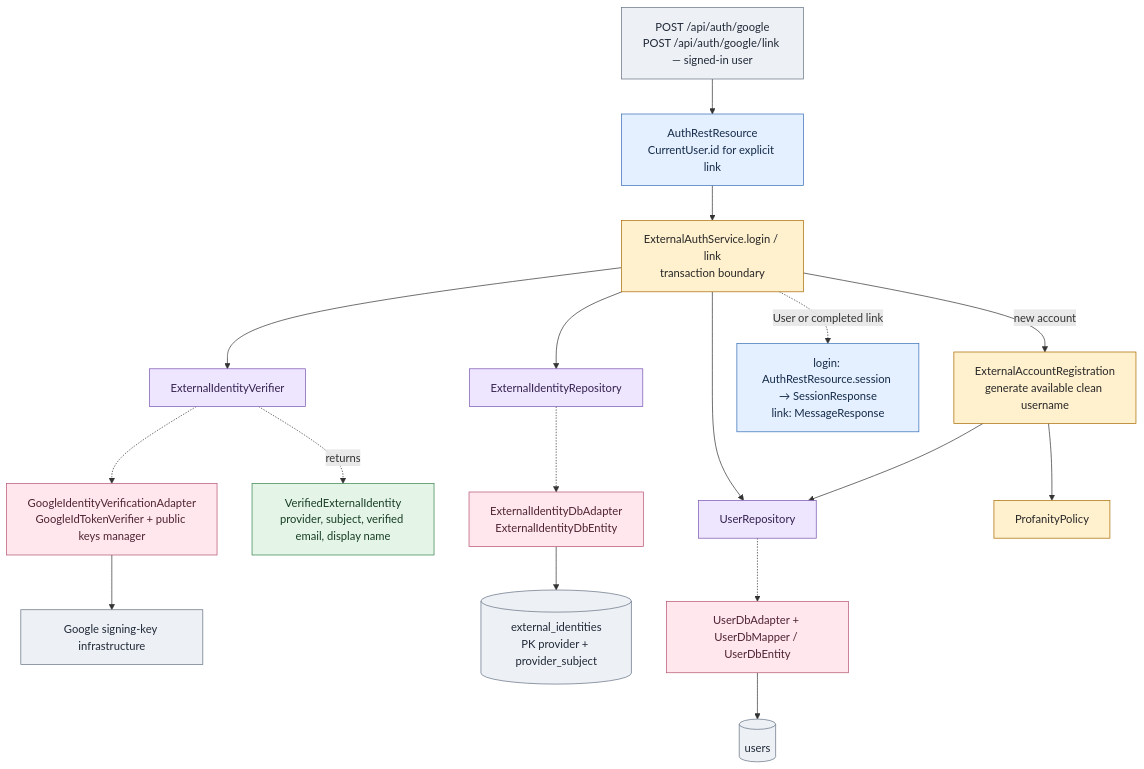
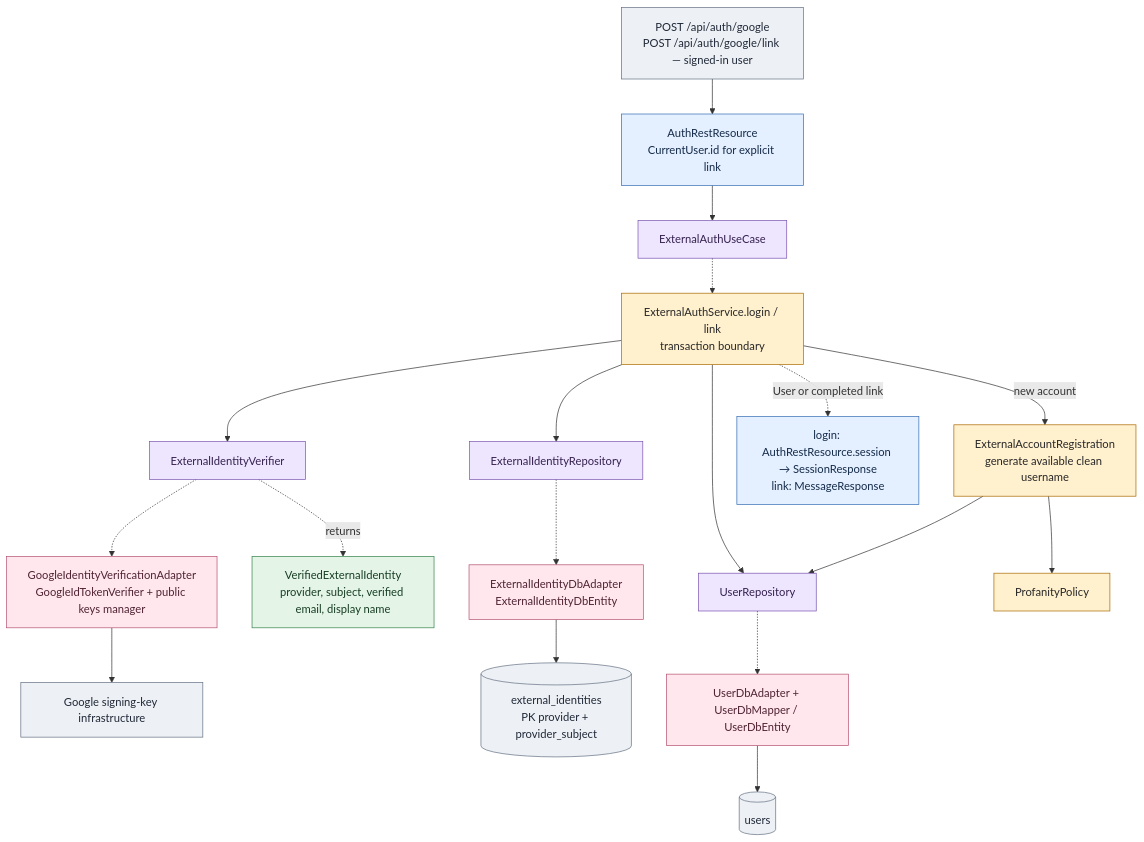
Diagram 18 of 31 in docs/architecture-atlas.md (alexungu04genoff/RingLab), drawn with Mermaid before and after one commit. The commit also changed other lines of this file and 100 other files, not shown here.

````diff
--- a/docs/architecture-atlas.md
+++ b/docs/architecture-atlas.md
@@ -1056,37 +1088,37 @@
 ```mermaid
 flowchart TB
   h["POST /api/auth/google<br/>POST /api/auth/google/link — signed-in user"]:::outside
   r["AuthRestResource<br/>CurrentUser.id for explicit link"]:::rest
   s["ExternalAuthService.login / link<br/>transaction boundary"]:::app
   verifier["ExternalIdentityVerifier"]:::port
   google["GoogleIdentityVerificationAdapter<br/>GoogleIdTokenVerifier + public keys manager"]:::adapter
   provider["Google signing-key infrastructure"]:::outside
   identity["VerifiedExternalIdentity<br/>provider, subject, verified email, display name"]:::domain
   mapping["ExternalIdentityRepository"]:::port
   mapdb["ExternalIdentityDbAdapter<br/>ExternalIdentityDbEntity"]:::adapter
   mapt[("external_identities<br/>PK provider + provider_subject")]:::outside
   users["UserRepository"]:::port
   udb["UserDbAdapter + UserDbMapper / UserDbEntity"]:::adapter
   ut[("users")]:::outside
   create["ExternalAccountRegistration<br/>generate available clean username"]:::app
   profanity["ProfanityPolicy"]:::app
   output["login: AuthRestResource.session → SessionResponse<br/>link: MessageResponse"]:::rest
-  h --> r --> s
+  h --> r --> input["ExternalAuthUseCase"]:::port -.-> s
   s --> verifier
   verifier -.-> google --> provider
   verifier -.->|"returns"| identity
   s --> mapping
   mapping -.-> mapdb --> mapt
   s --> users
   s -->|"new account"| create
   create --> profanity
   create --> users
   users -.-> udb --> ut
   s -.->|"User or completed link"| output
   classDef rest fill:#e4efff,stroke:#356db4,color:#142b49
   classDef app fill:#fff0ce,stroke:#a96b00,color:#272727
   classDef domain fill:#e4f5e8,stroke:#37834c,color:#183d24
   classDef port fill:#eee6ff,stroke:#7954b1,color:#35214f
   classDef adapter fill:#ffe7ed,stroke:#b45370,color:#502333
   classDef outside fill:#edf0f4,stroke:#657184,color:#202938
 ```
````
